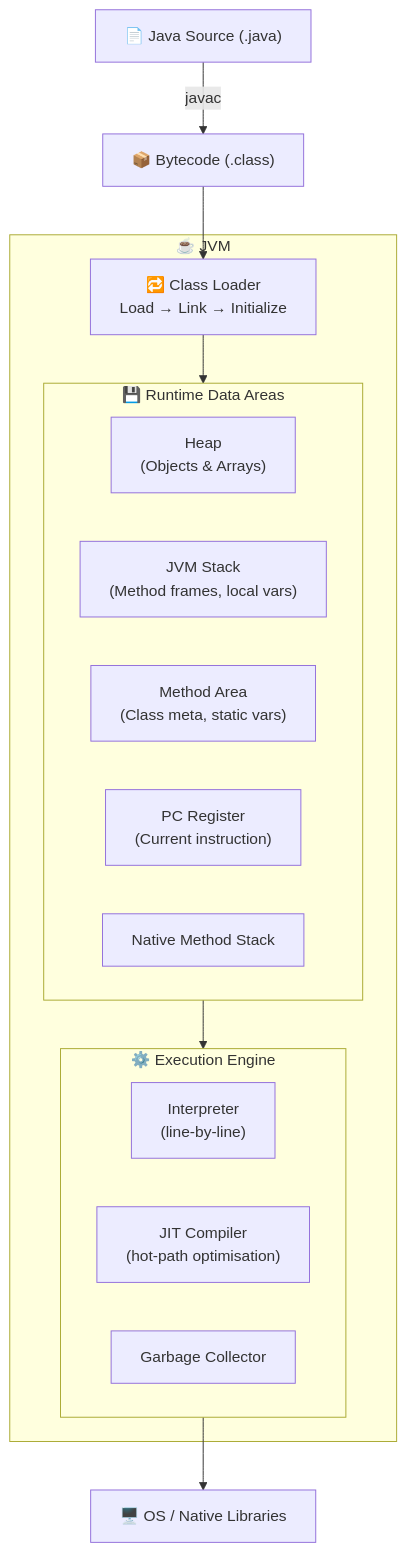
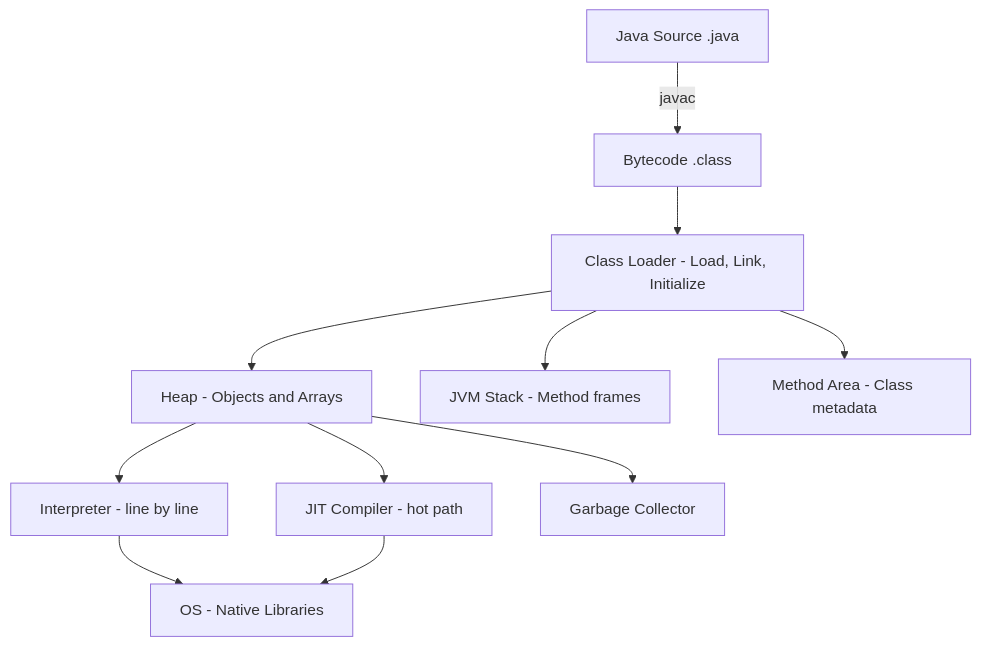
One commit to naveenkumar1661997/notes changed the first of 6 diagrams in java.md. Above: the diagram before and after it, drawn with Mermaid. The commit also changed other lines of this file and 12 other files, not shown here.

```diff
--- a/java.md
+++ b/java.md
@@ -34,29 +34,13 @@
 <pre class="mermaid">
 flowchart TD
-    SRC["📄 Java Source (.java)"]
-    SRC -->|javac| BC["📦 Bytecode (.class)"]
-    BC --> CL
-
-    subgraph JVM["☕ JVM"]
-        CL["🔁 Class Loader\nLoad → Link → Initialize"]
-        CL --> MEM
-
-        subgraph MEM["💾 Runtime Data Areas"]
-            HEAP["Heap\n(Objects & Arrays)"]
-            STACK["JVM Stack\n(Method frames, local vars)"]
-            MTH["Method Area\n(Class meta, static vars)"]
-            PC["PC Register\n(Current instruction)"]
-            NM["Native Method Stack"]
-        end
-
-        MEM --> EE
-
-        subgraph EE["⚙️ Execution Engine"]
-            INT["Interpreter\n(line-by-line)"]
-            JIT["JIT Compiler\n(hot-path optimisation)"]
-            GC["Garbage Collector"]
-        end
-    end
-
-    EE --> OS["🖥️ OS / Native Libraries"]
+    SRC["Java Source .java"] -->|javac| BC["Bytecode .class"]
+    BC --> CL["Class Loader - Load, Link, Initialize"]
+    CL --> HEAP["Heap - Objects and Arrays"]
+    CL --> STACK["JVM Stack - Method frames"]
+    CL --> MTH["Method Area - Class metadata"]
+    HEAP --> INT_["Interpreter - line by line"]
+    HEAP --> JIT["JIT Compiler - hot path"]
+    HEAP --> GC["Garbage Collector"]
+    INT_ --> OS["OS - Native Libraries"]
+    JIT --> OS
 </pre>
```
